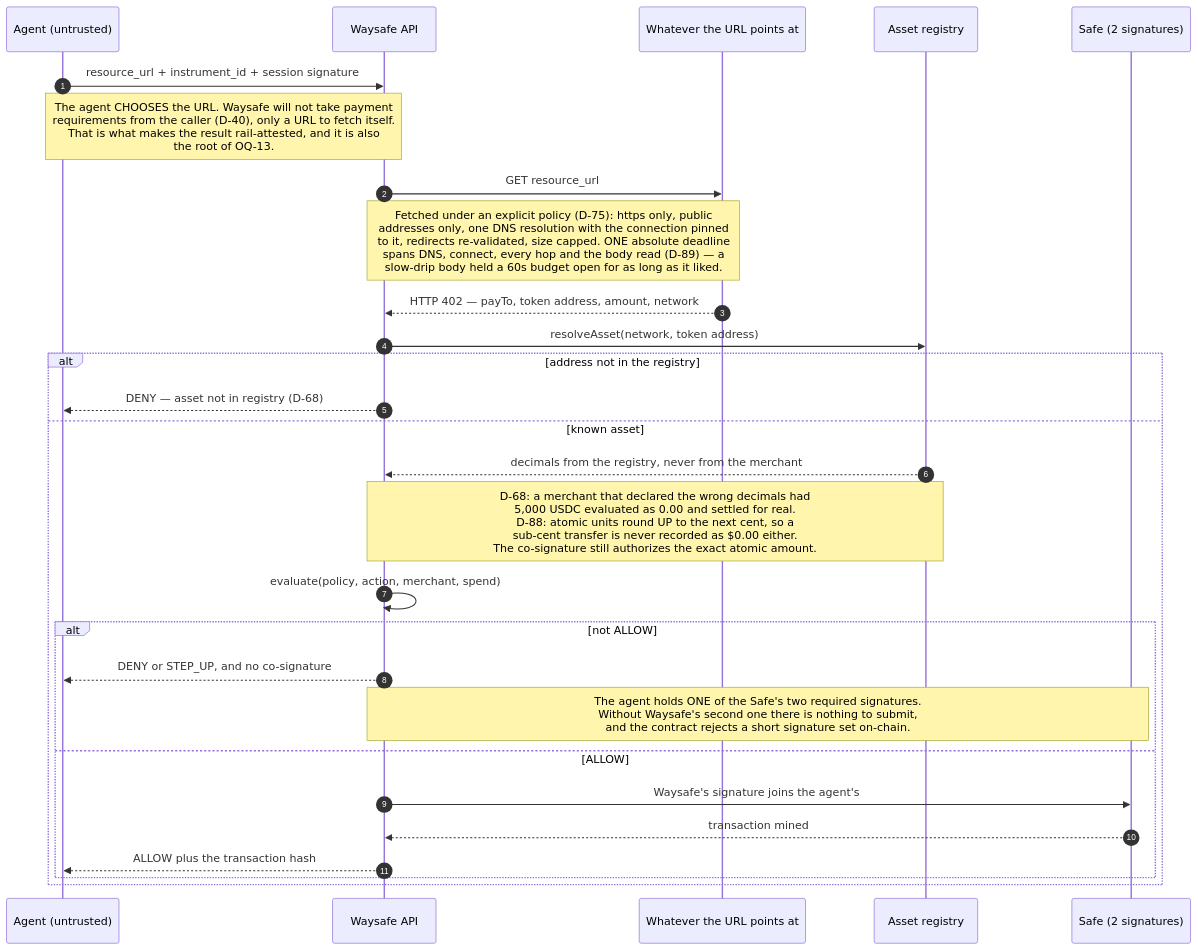
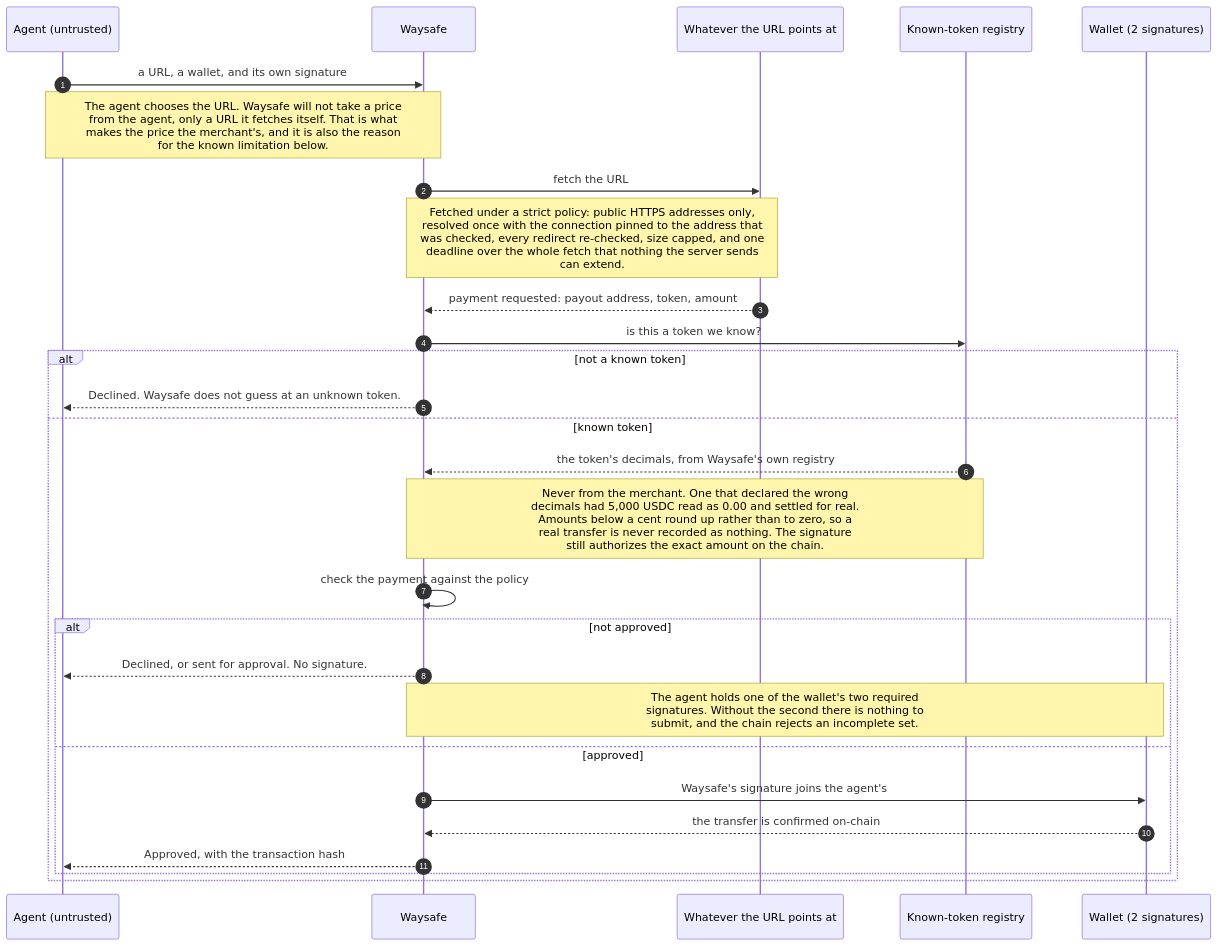
Before and after one commit to getwaysafe/waysafe: the third of 5 diagrams in docs/THREAT-MODEL.md, drawn with Mermaid. The commit also changed other lines of this file and 26 other files, not shown here.

````diff
--- a/docs/THREAT-MODEL.md
+++ b/docs/THREAT-MODEL.md
@@ -98,32 +100,32 @@
 ```mermaid
 sequenceDiagram
     autonumber
     participant A as Agent (untrusted)
-    participant W as Waysafe API
+    participant W as Waysafe
     participant R as Whatever the URL points at
-    participant REG as Asset registry
-    participant SF as Safe (2 signatures)
+    participant REG as Known-token registry
+    participant SF as Wallet (2 signatures)
 
-    A->>W: resource_url + instrument_id + session signature
-    Note over A,W: The agent CHOOSES the URL. Waysafe will not take payment<br/>requirements from the caller (D-40), only a URL to fetch itself.<br/>That is what makes the result rail-attested, and it is also<br/>the root of OQ-13.
-    W->>R: GET resource_url
-    Note over W,R: Fetched under an explicit policy (D-75): https only, public<br/>addresses only, one DNS resolution with the connection pinned<br/>to it, redirects re-validated, size capped. ONE absolute deadline<br/>spans DNS, connect, every hop and the body read (D-89) — a<br/>slow-drip body held a 60s budget open for as long as it liked.
-    R-->>W: HTTP 402 — payTo, token address, amount, network
+    A->>W: a URL, a wallet, and its own signature
+    Note over A,W: The agent chooses the URL. Waysafe will not take a price<br/>from the agent, only a URL it fetches itself. That is what<br/>makes the price the merchant's, and it is also the reason<br/>for the known limitation below.
+    W->>R: fetch the URL
+    Note over W,R: Fetched under a strict policy: public HTTPS addresses only,<br/>resolved once with the connection pinned to the address that<br/>was checked, every redirect re-checked, size capped, and one<br/>deadline over the whole fetch that nothing the server sends<br/>can extend.
+    R-->>W: payment requested: payout address, token, amount
 
-    W->>REG: resolveAsset(network, token address)
-    alt address not in the registry
-        W-->>A: DENY — asset not in registry (D-68)
-    else known asset
-        REG-->>W: decimals from the registry, never from the merchant
-        Note over W,REG: D-68: a merchant that declared the wrong decimals had<br/>5,000 USDC evaluated as 0.00 and settled for real.<br/>D-88: atomic units round UP to the next cent, so a<br/>sub-cent transfer is never recorded as $0.00 either.<br/>The co-signature still authorizes the exact atomic amount.
-        W->>W: evaluate(policy, action, merchant, spend)
-        alt not ALLOW
-            W-->>A: DENY or STEP_UP, and no co-signature
-            Note over W,SF: The agent holds ONE of the Safe's two required signatures.<br/>Without Waysafe's second one there is nothing to submit,<br/>and the contract rejects a short signature set on-chain.
-        else ALLOW
+    W->>REG: is this a token we know?
+    alt not a known token
+        W-->>A: Declined. Waysafe does not guess at an unknown token.
+    else known token
+        REG-->>W: the token's decimals, from Waysafe's own registry
+        Note over W,REG: Never from the merchant. One that declared the wrong<br/>decimals had 5,000 USDC read as 0.00 and settled for real.<br/>Amounts below a cent round up rather than to zero, so a<br/>real transfer is never recorded as nothing. The signature<br/>still authorizes the exact amount on the chain.
+        W->>W: check the payment against the policy
+        alt not approved
+            W-->>A: Declined, or sent for approval. No signature.
+            Note over W,SF: The agent holds one of the wallet's two required<br/>signatures. Without the second there is nothing to<br/>submit, and the chain rejects an incomplete set.
+        else approved
             W->>SF: Waysafe's signature joins the agent's
-            SF-->>W: transaction mined
-            W-->>A: ALLOW plus the transaction hash
+            SF-->>W: the transfer is confirmed on-chain
+            W-->>A: Approved, with the transaction hash
         end
     end
 ```
````
